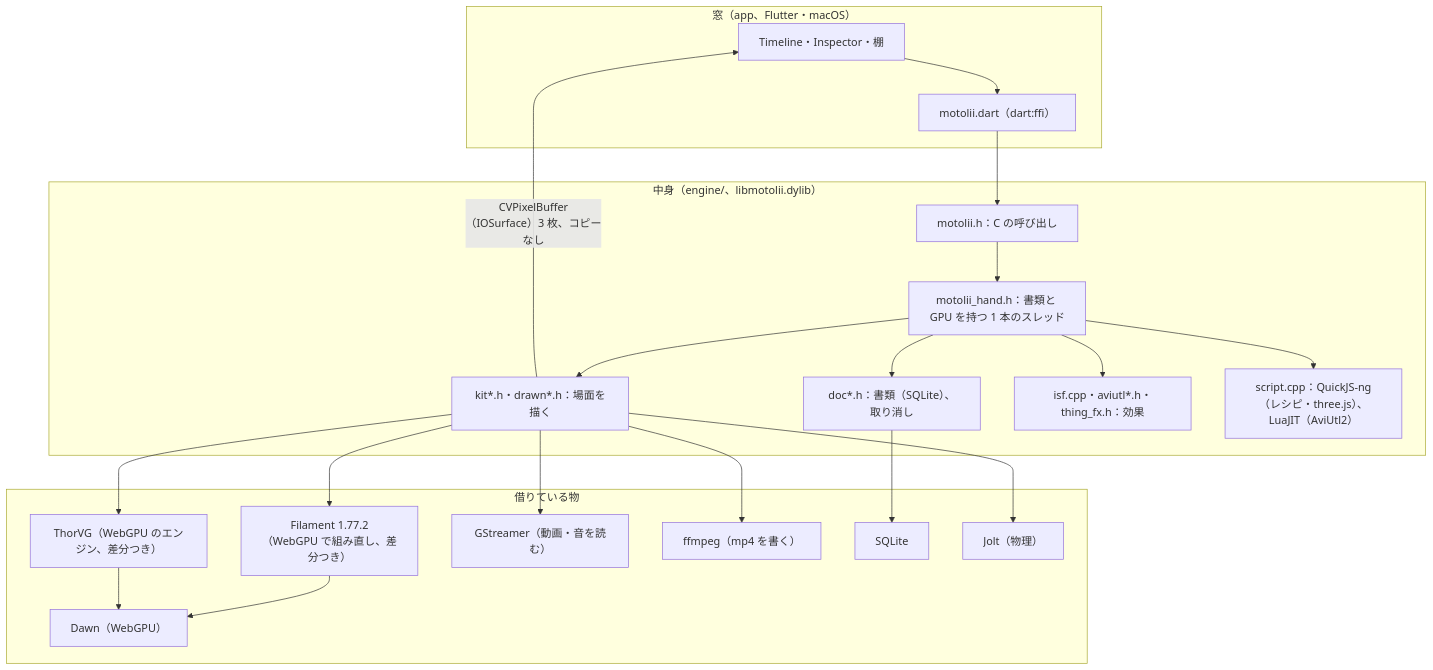
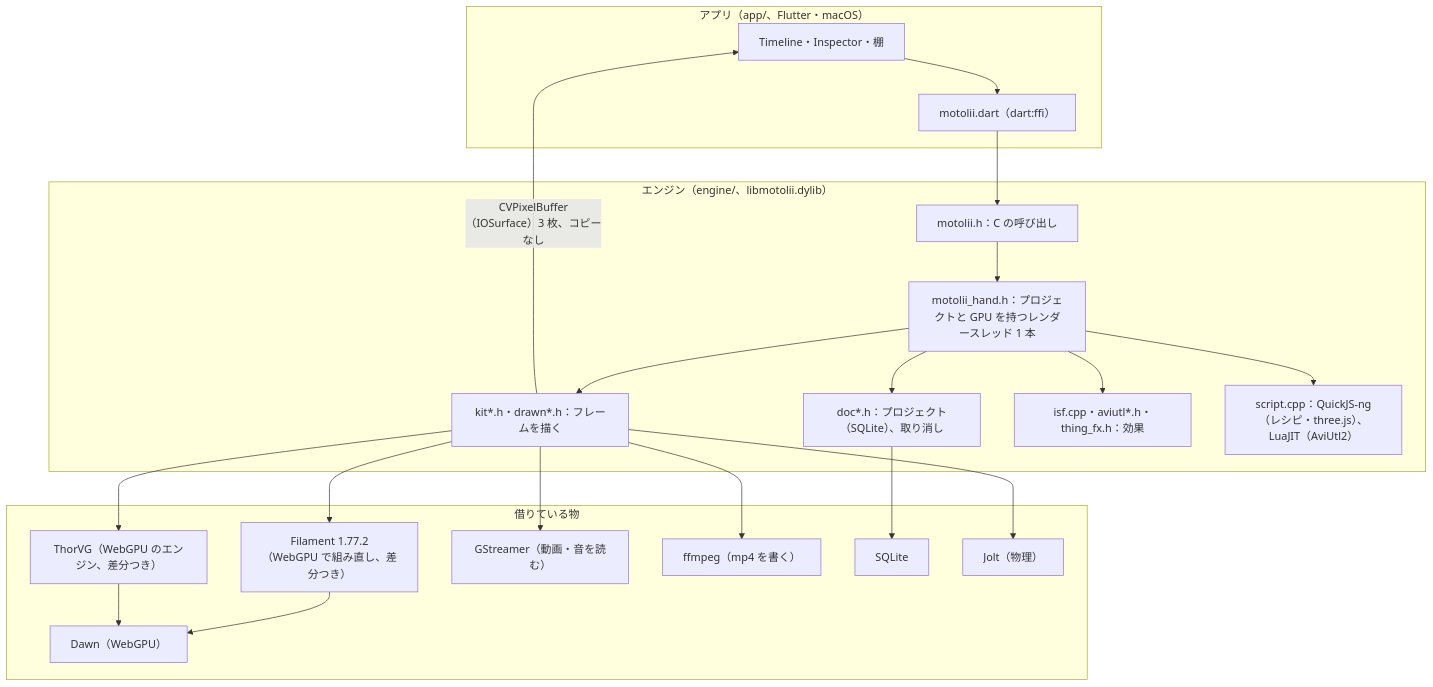
The diagram in docs/ARCHITECTURE.md (oshikaidesu/motolii), drawn with Mermaid before and after one commit. The commit also changed other lines of this file and 21 other files, not shown here.

````diff
--- a/docs/ARCHITECTURE.md
+++ b/docs/ARCHITECTURE.md
@@ -37,34 +9,34 @@
 ```mermaid
 flowchart TB
-  subgraph Window["窓（app、Flutter・macOS）"]
+  subgraph Window["アプリ（app/、Flutter・macOS）"]
     UI["Timeline・Inspector・棚"]
     FFI["motolii.dart（dart:ffi）"]
   end
-  subgraph Inside["中身（engine/、libmotolii.dylib）"]
+  subgraph Inside["エンジン（engine/、libmotolii.dylib）"]
     API["motolii.h：C の呼び出し"]
-    Hand["motolii_hand.h：書類と GPU を持つ 1 本のスレッド"]
-    Doc["doc*.h：書類（SQLite）、取り消し"]
-    Kit["kit*.h・drawn*.h：場面を描く"]
+    Hand["motolii_hand.h：プロジェクトと GPU を持つレンダースレッド 1 本"]
+    Doc["doc*.h：プロジェクト（SQLite）、取り消し"]
+    Kit["kit*.h・drawn*.h：フレームを描く"]
     FX["isf.cpp・aviutl*.h・thing_fx.h：効果"]
     Script["script.cpp：QuickJS-ng（レシピ・three.js）、LuaJIT（AviUtl2）"]
   end
   subgraph Libs["借りている物"]
     Filament["Filament 1.77.2（WebGPU で組み直し、差分つき）"]
     ThorVG["ThorVG（WebGPU のエンジン、差分つき）"]
     Dawn["Dawn（WebGPU）"]
     Gst["GStreamer（動画・音を読む）"]
     FF["ffmpeg（mp4 を書く）"]
     SQLite["SQLite"]
     Jolt["Jolt（物理）"]
   end
   UI --> FFI --> API --> Hand
   Hand --> Doc --> SQLite
   Hand --> Kit --> Filament --> Dawn
   Kit --> ThorVG --> Dawn
   Hand --> FX
   Hand --> Script
   Kit --> Gst
   Kit --> FF
   Kit --> Jolt
   Kit -- "CVPixelBuffer（IOSurface）3 枚、コピーなし" --> UI
 ```
````
